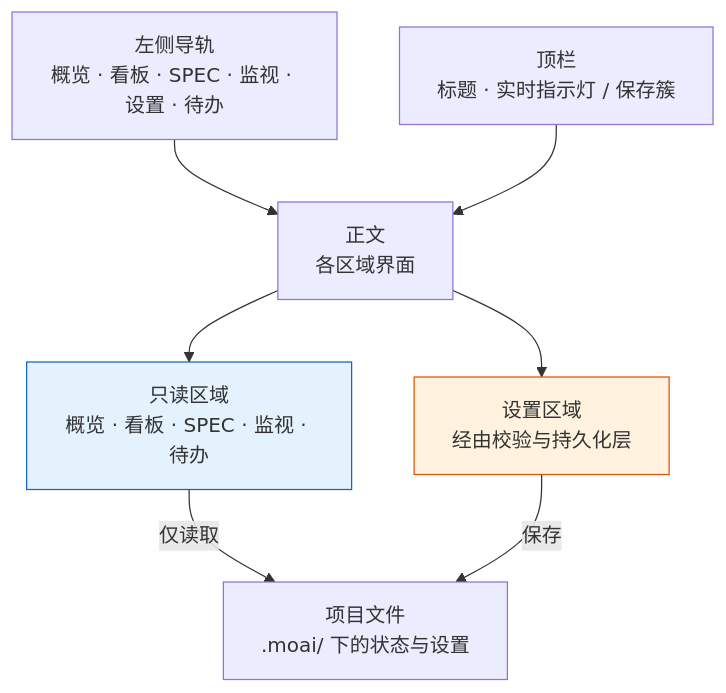
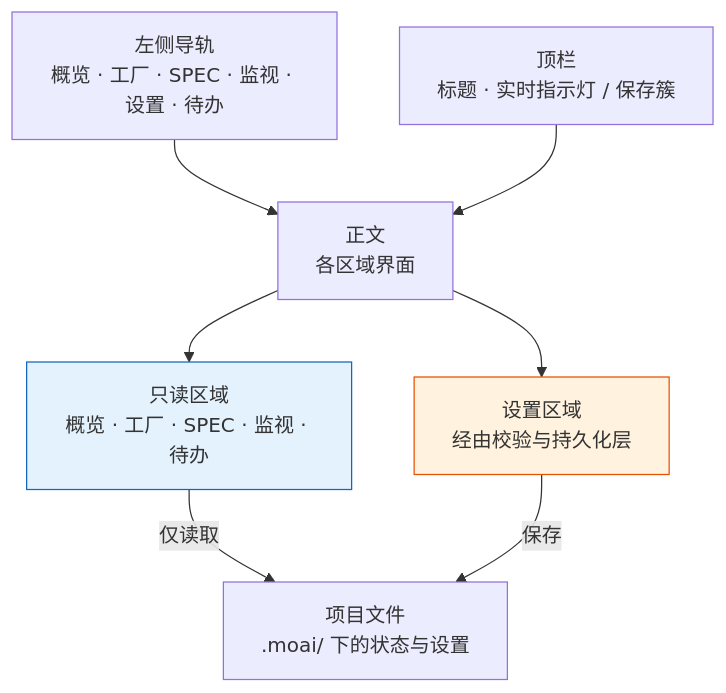
One commit to modu-ai/moai-adk changed the diagram in docs-site/content/zh/advanced/moai-web-console.md. Above: the diagram before and after it, drawn with Mermaid. The commit also changed other lines of this file and 61 other files, not shown here.

````diff
--- a/docs-site/content/zh/advanced/moai-web-console.md
+++ b/docs-site/content/zh/advanced/moai-web-console.md
@@ -32,19 +32,19 @@
 ```mermaid
 flowchart TD
-    Rail["左侧导轨<br/>概览 · 看板 · SPEC · 监视 · 设置 · 待办"]
+    Rail["左侧导轨<br/>概览 · 工厂 · SPEC · 监视 · 设置 · 待办"]
     Top["顶栏<br/>标题 · 实时指示灯 / 保存簇"]
     Body["正文<br/>各区域界面"]
-    Read["只读区域<br/>概览 · 看板 · SPEC · 监视 · 待办"]
+    Read["只读区域<br/>概览 · 工厂 · SPEC · 监视 · 待办"]
     Write["设置区域<br/>经由校验与持久化层"]
     Files["项目文件<br/>.moai/ 下的状态与设置"]
 
     Rail --> Body
     Top --> Body
     Body --> Read
     Body --> Write
     Read -->|仅读取| Files
     Write -->|保存| Files
 
     style Read fill:#E3F2FD,stroke:#1565C0
     style Write fill:#FFF3E0,stroke:#E65100
 ```
````
